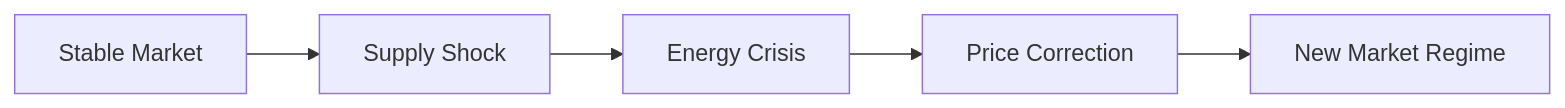
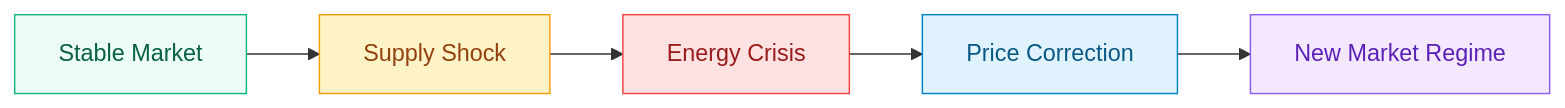
One commit to ShivamRajput22/Newcastle-coal-price-forecasting changed the second of 4 diagrams in README.md. Above: the diagram before and after it, drawn with Mermaid. The commit also changed other lines of this file, not shown here.

````diff
--- a/README.md
+++ b/README.md
@@ -284,7 +294,19 @@
 ```mermaid
 flowchart LR
     A["Stable Market"] --> B["Supply Shock"]
     B --> C["Energy Crisis"]
     C --> D["Price Correction"]
     D --> E["New Market Regime"]
+
+    classDef stable fill:#ECFDF5,stroke:#10B981,color:#065F46;
+    classDef warning fill:#FEF3C7,stroke:#F59E0B,color:#92400E;
+    classDef crisis fill:#FEE2E2,stroke:#EF4444,color:#991B1B;
+    classDef correction fill:#E0F2FE,stroke:#0284C7,color:#075985;
+    classDef new fill:#F3E8FF,stroke:#8B5CF6,color:#5B21B6;
+
+    class A stable;
+    class B warning;
+    class C crisis;
+    class D correction;
+    class E new;
 ```
````
